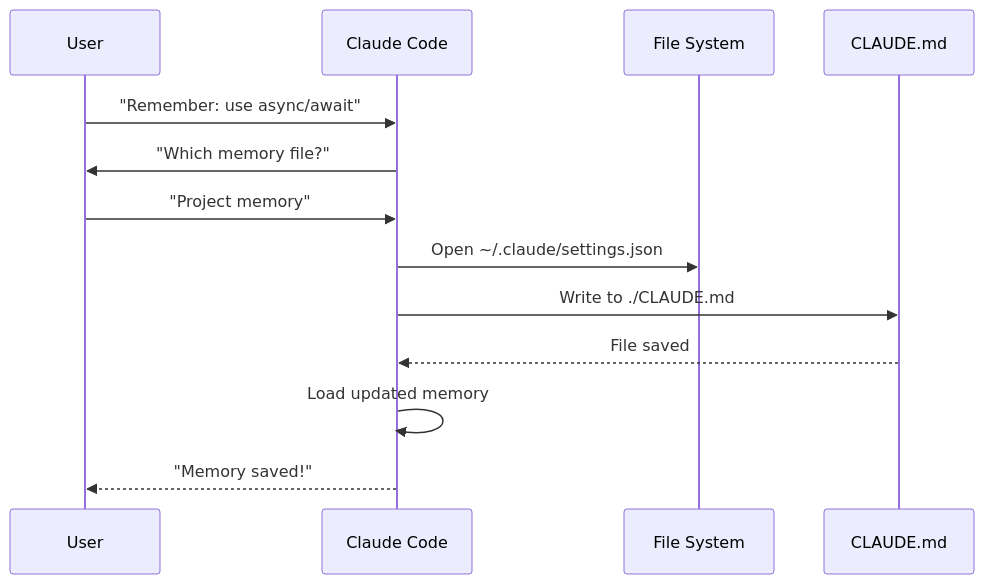
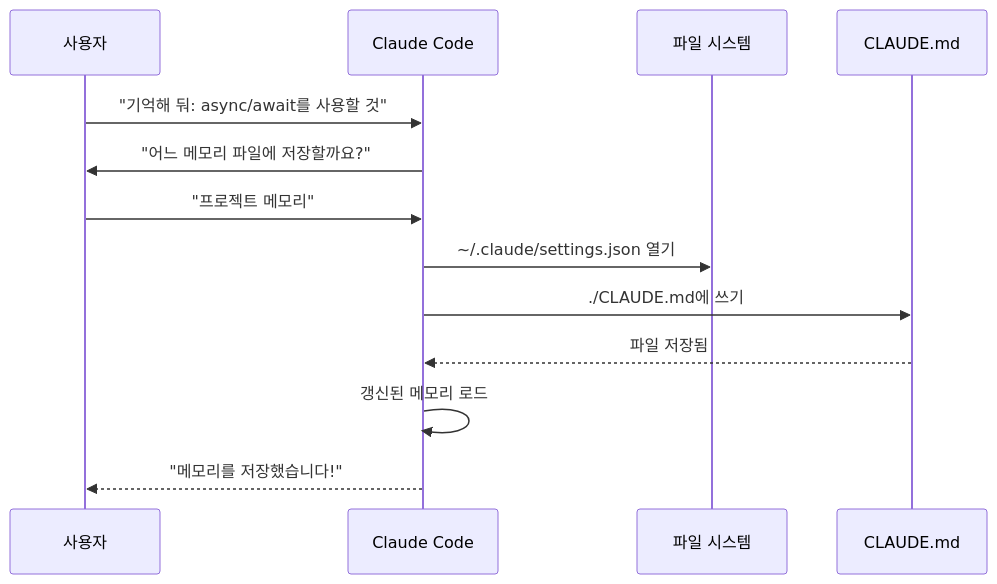
One commit to KIMDONGWHEE99/howkorean changed the tenth of 31 diagrams in claude_concepts_guide.md. Above: the diagram before and after it, drawn with Mermaid. The commit also changed other lines of this file, not shown here.

First line of the commit message:
docs(claude_concepts_guide): 한국어로 번역

````diff
--- a/claude_concepts_guide.md
+++ b/claude_concepts_guide.md
@@ -303,16 +303,16 @@
 ```mermaid
 sequenceDiagram
-    participant User
+    participant User as 사용자
     participant Claude as Claude Code
-    participant Editor as File System
+    participant Editor as 파일 시스템
     participant Memory as CLAUDE.md
 
-    User->>Claude: "Remember: use async/await"
-    Claude->>User: "Which memory file?"
-    User->>Claude: "Project memory"
-    Claude->>Editor: Open ~/.claude/settings.json
-    Claude->>Memory: Write to ./CLAUDE.md
-    Memory-->>Claude: File saved
-    Claude->>Claude: Load updated memory
-    Claude-->>User: "Memory saved!"
+    User->>Claude: "기억해 둬: async/await를 사용할 것"
+    Claude->>User: "어느 메모리 파일에 저장할까요?"
+    User->>Claude: "프로젝트 메모리"
+    Claude->>Editor: ~/.claude/settings.json 열기
+    Claude->>Memory: ./CLAUDE.md에 쓰기
+    Memory-->>Claude: 파일 저장됨
+    Claude->>Claude: 갱신된 메모리 로드
+    Claude-->>User: "메모리를 저장했습니다!"
 ```
````
